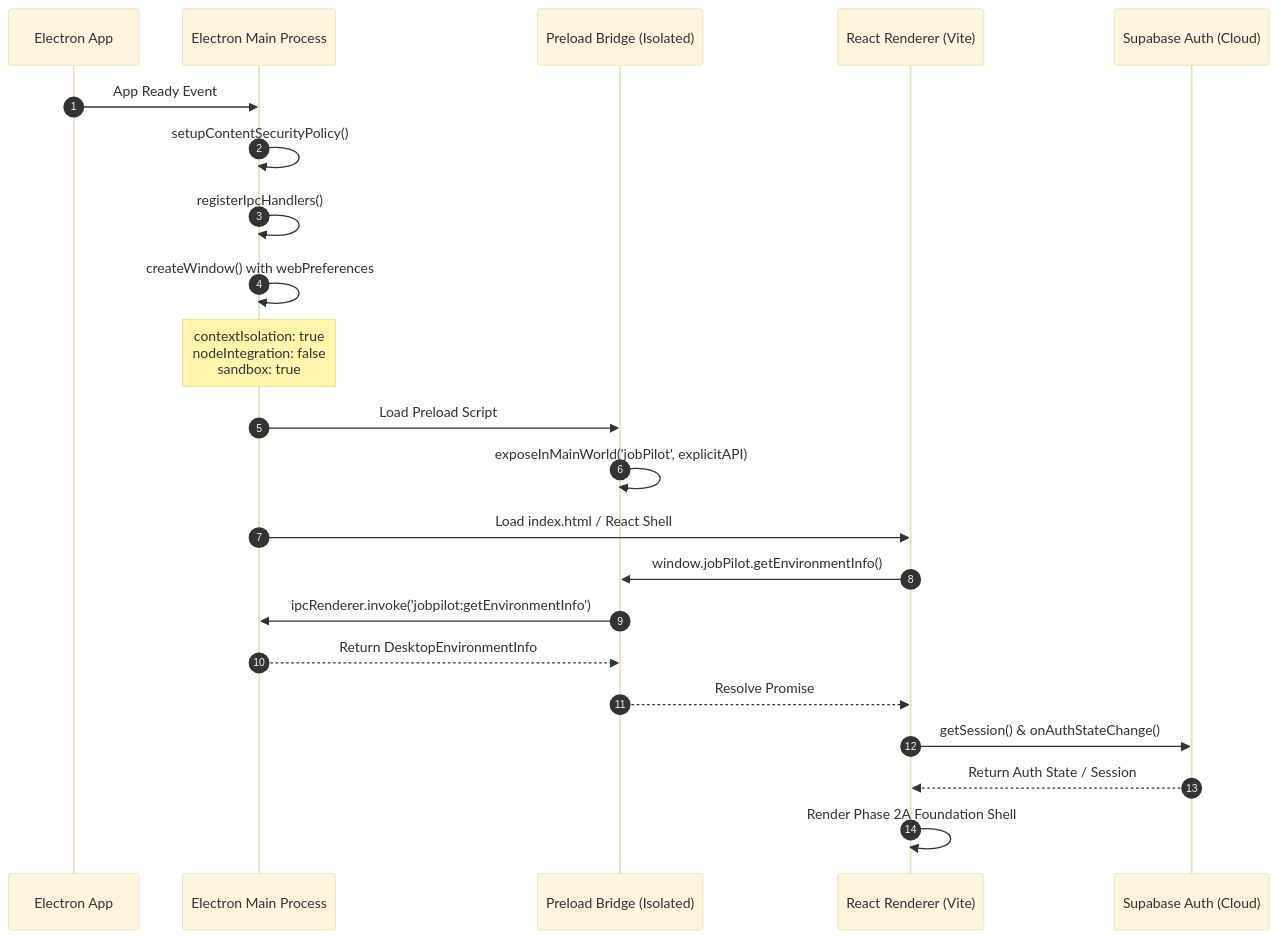
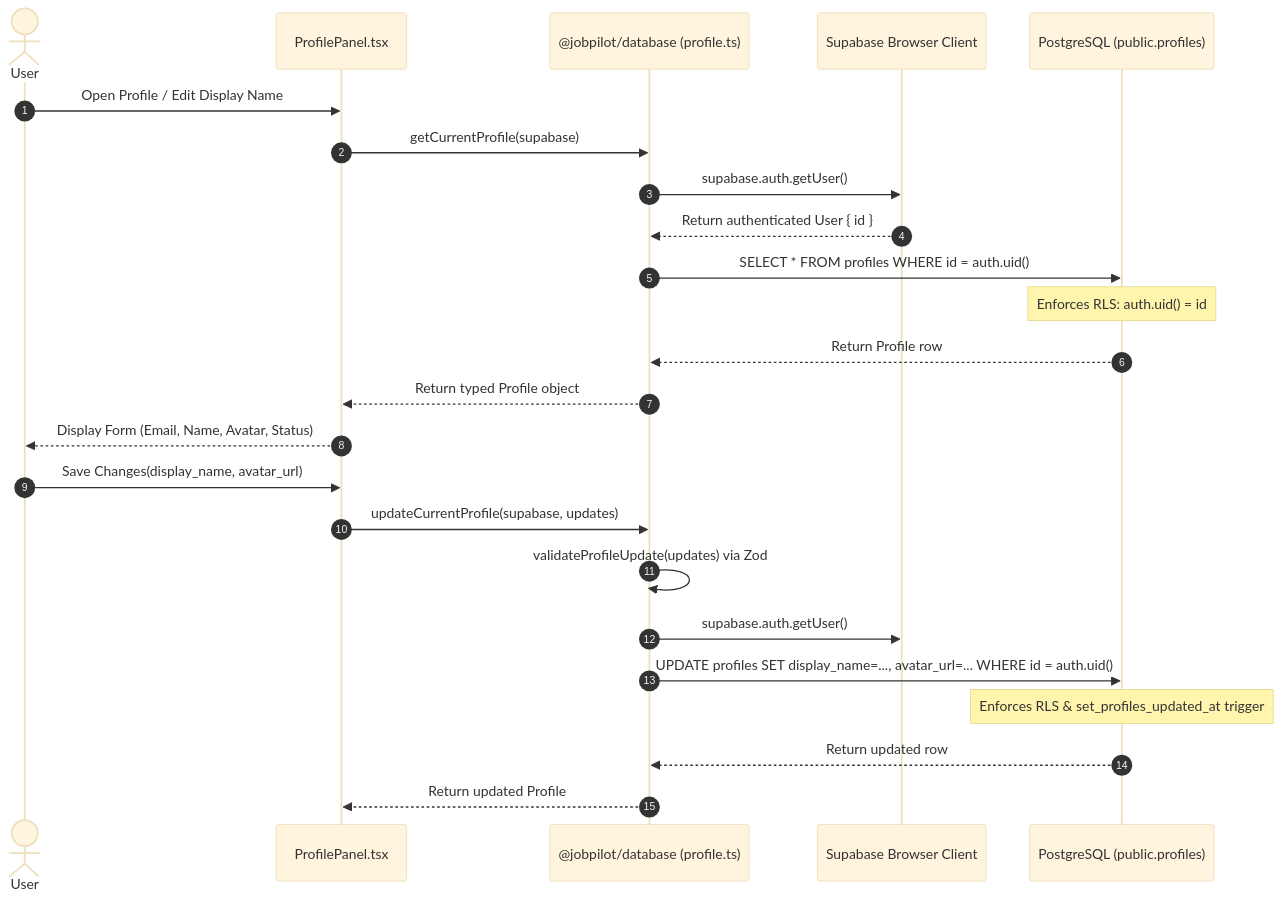
Before and after one commit to 1priteshdhumal2/Job-Application-Assistant: the third of 4 diagrams in docs/flow.md, drawn with Mermaid (base theme). The commit also changed other lines of this file and 30 other files, not shown here.

Commit message:
feat: establish JobPilot Phase 2B auth and storage foundation

````diff
--- a/docs/flow.md
+++ b/docs/flow.md
@@ -9,25 +62,28 @@
 ```mermaid
 sequenceDiagram
     autonumber
-    participant App as Electron App
-    participant Main as Electron Main Process
-    participant Preload as Preload Bridge (Isolated)
-    participant Renderer as React Renderer (Vite)
-    participant Supabase as Supabase Auth (Cloud)
+    actor User
+    participant React as ProfilePanel.tsx
+    participant Service as @jobpilot/database (profile.ts)
+    participant Client as Supabase Browser Client
+    participant DB as PostgreSQL (public.profiles)
 
-    App->>Main: App Ready Event
-    Main->>Main: setupContentSecurityPolicy()
-    Main->>Main: registerIpcHandlers()
-    Main->>Main: createWindow() with webPreferences
-    Note over Main: contextIsolation: true<br/>nodeIntegration: false<br/>sandbox: true
-    Main->>Preload: Load Preload Script
-    Preload->>Preload: exposeInMainWorld('jobPilot', explicitAPI)
-    Main->>Renderer: Load index.html / React Shell
-    Renderer->>Preload: window.jobPilot.getEnvironmentInfo()
-    Preload->>Main: ipcRenderer.invoke('jobpilot:getEnvironmentInfo')
-    Main-->>Preload: Return DesktopEnvironmentInfo
-    Preload-->>Renderer: Resolve Promise
-    Renderer->>Supabase: getSession() & onAuthStateChange()
-    Supabase-->>Renderer: Return Auth State / Session
-    Renderer->>Renderer: Render Phase 2A Foundation Shell
+    User->>React: Open Profile / Edit Display Name
+    React->>Service: getCurrentProfile(supabase)
+    Service->>Client: supabase.auth.getUser()
+    Client-->>Service: Return authenticated User { id }
+    Service->>DB: SELECT * FROM profiles WHERE id = auth.uid()
+    Note over DB: Enforces RLS: auth.uid() = id
+    DB-->>Service: Return Profile row
+    Service-->>React: Return typed Profile object
+    React-->>User: Display Form (Email, Name, Avatar, Status)
+
+    User->>React: Save Changes(display_name, avatar_url)
+    React->>Service: updateCurrentProfile(supabase, updates)
+    Service->>Service: validateProfileUpdate(updates) via Zod
+    Service->>Client: supabase.auth.getUser()
+    Service->>DB: UPDATE profiles SET display_name=..., avatar_url=... WHERE id = auth.uid()
+    Note over DB: Enforces RLS & set_profiles_updated_at trigger
+    DB-->>Service: Return updated row
+    Service-->>React: Return updated Profile
 ```
````
